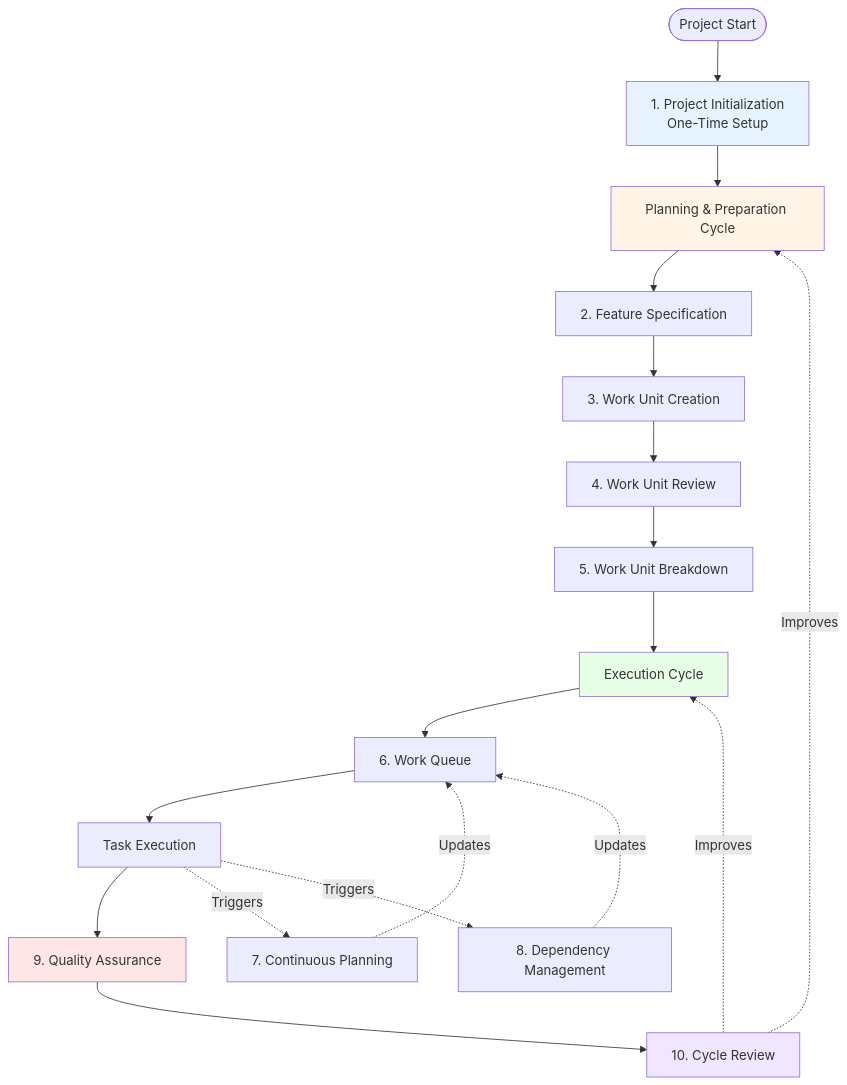
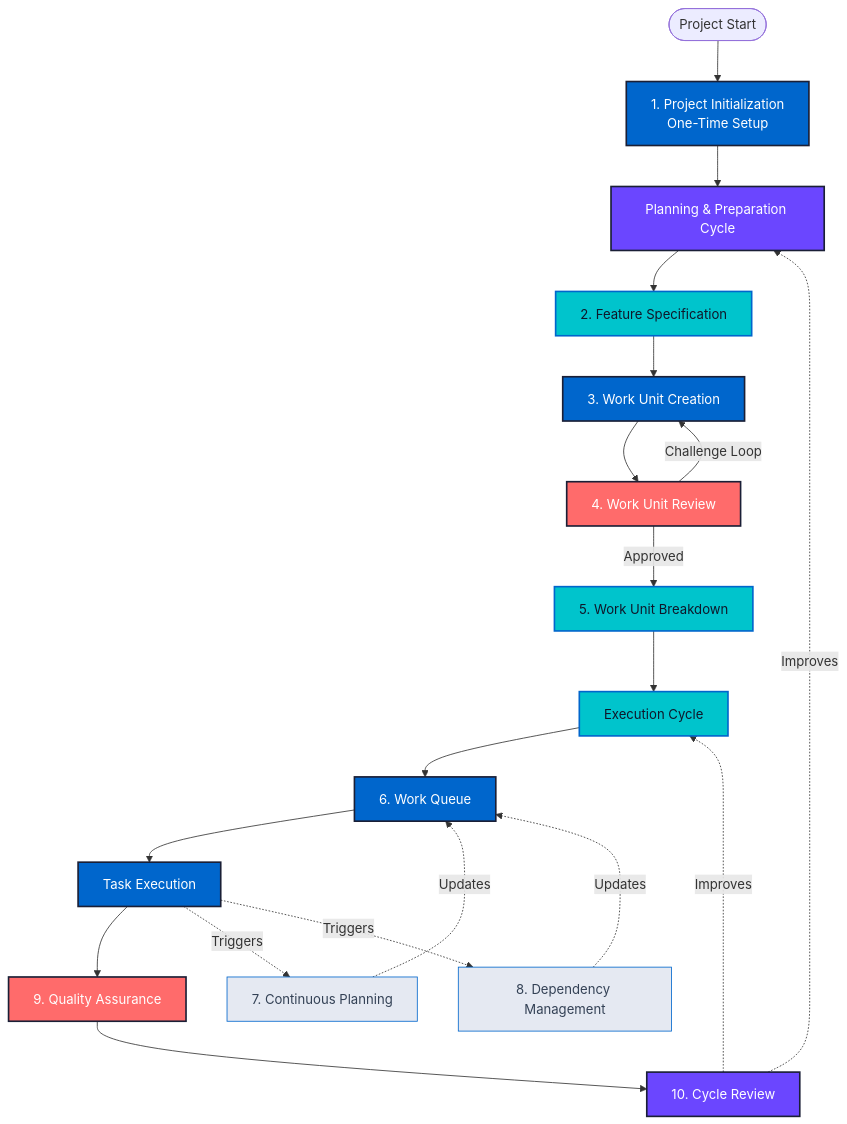
The diagram in docs/06-workflows.md (Conductus-Labs/RHYTHM-Method), drawn with Mermaid before and after one commit. The commit also changed other lines of this file and 4 other files, not shown here.

First line of the commit message:
Fix Mermaid diagrams: add challenge loop and update to Conductus branding colors

````diff
--- a/docs/06-workflows.md
+++ b/docs/06-workflows.md
@@ -17,34 +17,43 @@
 ```mermaid
 flowchart TD
     Start([Project Start]) --> Init[1. Project Initialization<br/>One-Time Setup]
     
     Init --> Planning[Planning & Preparation Cycle]
     
     Planning --> Feature[2. Feature Specification]
     Feature --> Create[3. Work Unit Creation]
     Create --> Review[4. Work Unit Review]
-    Review --> Breakdown[5. Work Unit Breakdown]
+    Review -->|Challenge Loop| Create
+    Review -->|Approved| Breakdown[5. Work Unit Breakdown]
     
     Breakdown --> Execution[Execution Cycle]
     
     Execution --> Queue[6. Work Queue]
     Queue --> TaskExec[Task Execution]
     
     TaskExec --> Quality[9. Quality Assurance]
     Quality --> CycleReview[10. Cycle Review]
     
     TaskExec -.->|Triggers| Continuous[7. Continuous Planning]
     TaskExec -.->|Triggers| DepMgmt[8. Dependency Management]
     
     Continuous -.->|Updates| Queue
     DepMgmt -.->|Updates| Queue
     
     CycleReview -.->|Improves| Planning
     CycleReview -.->|Improves| Execution
     
-    style Init fill:#E6F3FF
-    style Planning fill:#FFF4E6
-    style Execution fill:#E6FFE6
-    style Quality fill:#FFE6E6
-    style CycleReview fill:#F0E6FF
+    style Init fill:#0066CC,stroke:#1A1F36,stroke-width:2px,color:#FFFFFF
+    style Planning fill:#6B46FF,stroke:#1A1F36,stroke-width:2px,color:#FFFFFF
+    style Feature fill:#00C4CC,stroke:#0066CC,stroke-width:2px,color:#0F172A
+    style Create fill:#0066CC,stroke:#1A1F36,stroke-width:2px,color:#FFFFFF
+    style Review fill:#FF6B6B,stroke:#1A1F36,stroke-width:2px,color:#FFFFFF
+    style Breakdown fill:#00C4CC,stroke:#0066CC,stroke-width:2px,color:#0F172A
+    style Execution fill:#00C4CC,stroke:#0066CC,stroke-width:2px,color:#0F172A
+    style Queue fill:#0066CC,stroke:#1A1F36,stroke-width:2px,color:#FFFFFF
+    style TaskExec fill:#0066CC,stroke:#1A1F36,stroke-width:2px,color:#FFFFFF
+    style Quality fill:#FF6B6B,stroke:#1A1F36,stroke-width:2px,color:#FFFFFF
+    style CycleReview fill:#6B46FF,stroke:#1A1F36,stroke-width:2px,color:#FFFFFF
+    style Continuous fill:#E5E9F2,stroke:#0066CC,stroke-width:1px,color:#334155
+    style DepMgmt fill:#E5E9F2,stroke:#0066CC,stroke-width:1px,color:#334155
 ```
````
